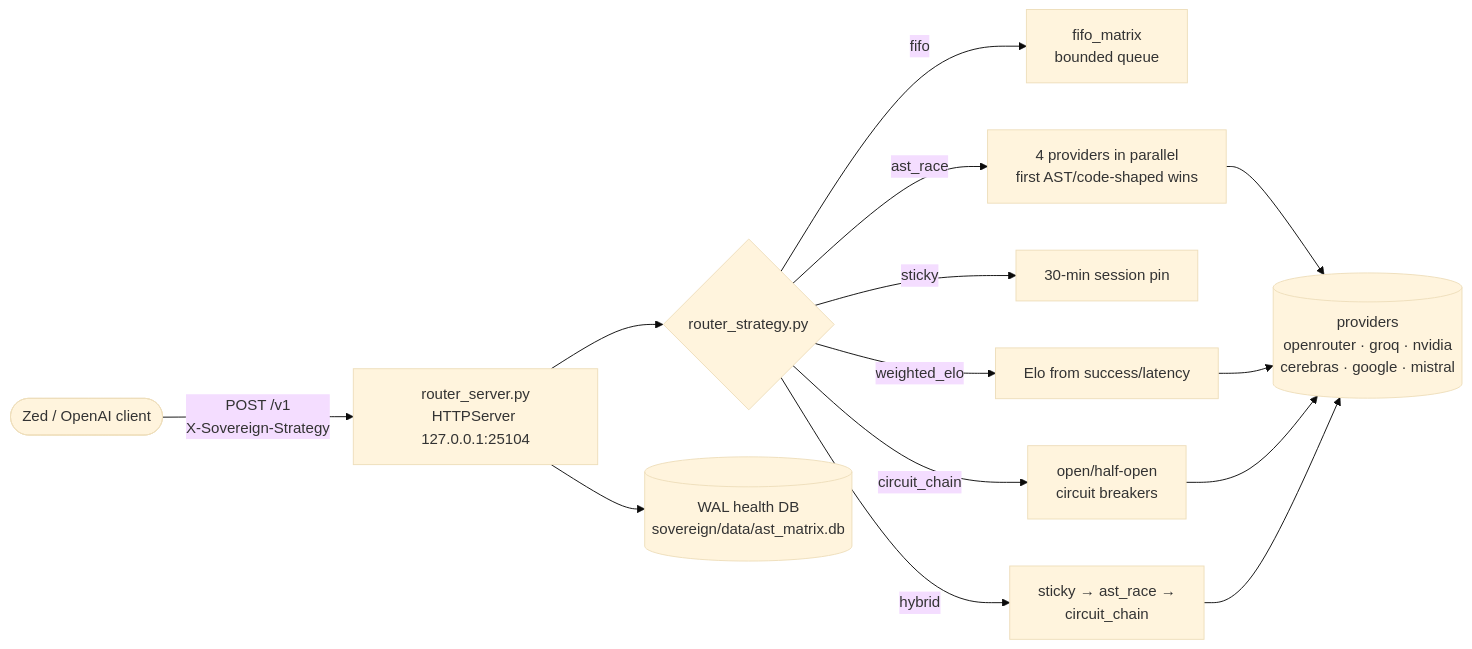
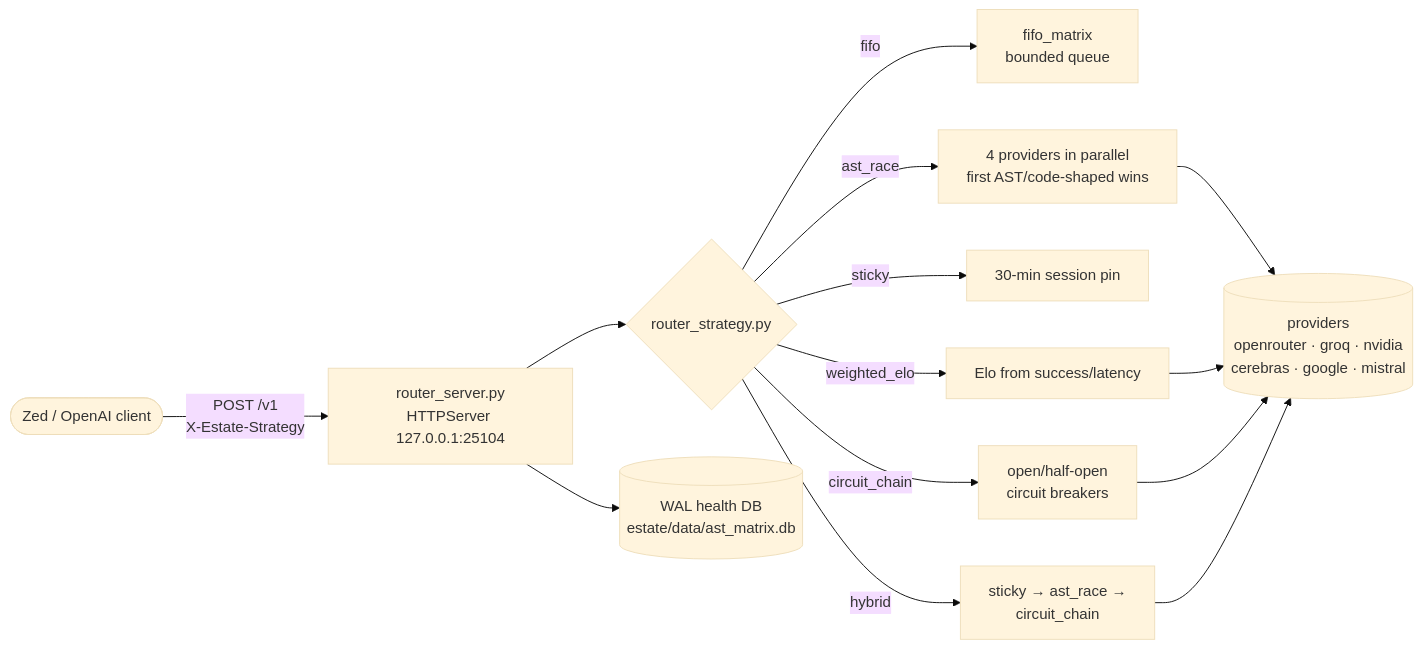
Before and after one commit to toxicwind/ranch: the diagram in mesh/router/otter/README.md, drawn with Mermaid (base theme). The commit also changed other lines of this file and 164 other files, not shown here.

````diff
--- a/mesh/router/otter/README.md
+++ b/mesh/router/otter/README.md
@@ -13,16 +13,16 @@
 ```mermaid
 flowchart LR
-    zed([Zed / OpenAI client]) -->|"POST /v1<br/>X-Sovereign-Strategy"| rs["router_server.py<br/>HTTPServer 127.0.0.1:25104"]
+    zed([Zed / OpenAI client]) -->|"POST /v1<br/>X-Estate-Strategy"| rs["router_server.py<br/>HTTPServer 127.0.0.1:25104"]
     rs --> strat{"router_strategy.py"}
     strat -->|fifo| q["fifo_matrix<br/>bounded queue"]
     strat -->|ast_race| race["4 providers in parallel<br/>first AST/code-shaped wins"]
     strat -->|sticky| pin["30-min session pin"]
     strat -->|weighted_elo| elo["Elo from success/latency"]
     strat -->|circuit_chain| cb["open/half-open<br/>circuit breakers"]
     strat -->|hybrid| hyb["sticky → ast_race →<br/>circuit_chain"]
     race --> prov[(providers<br/>openrouter · groq · nvidia<br/>cerebras · google · mistral)]
     elo --> prov
     cb --> prov
     hyb --> prov
-    rs --> db[("WAL health DB<br/>sovereign/data/ast_matrix.db")]
+    rs --> db[("WAL health DB<br/>estate/data/ast_matrix.db")]
 ```
````
